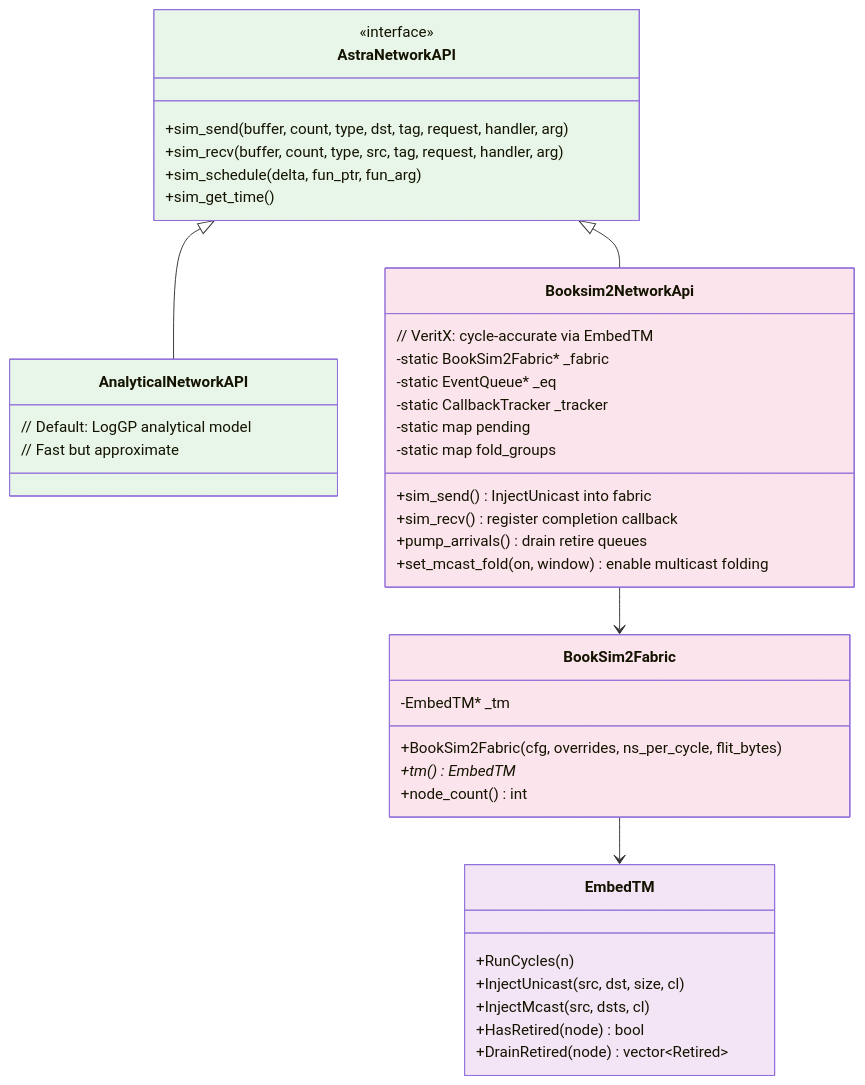
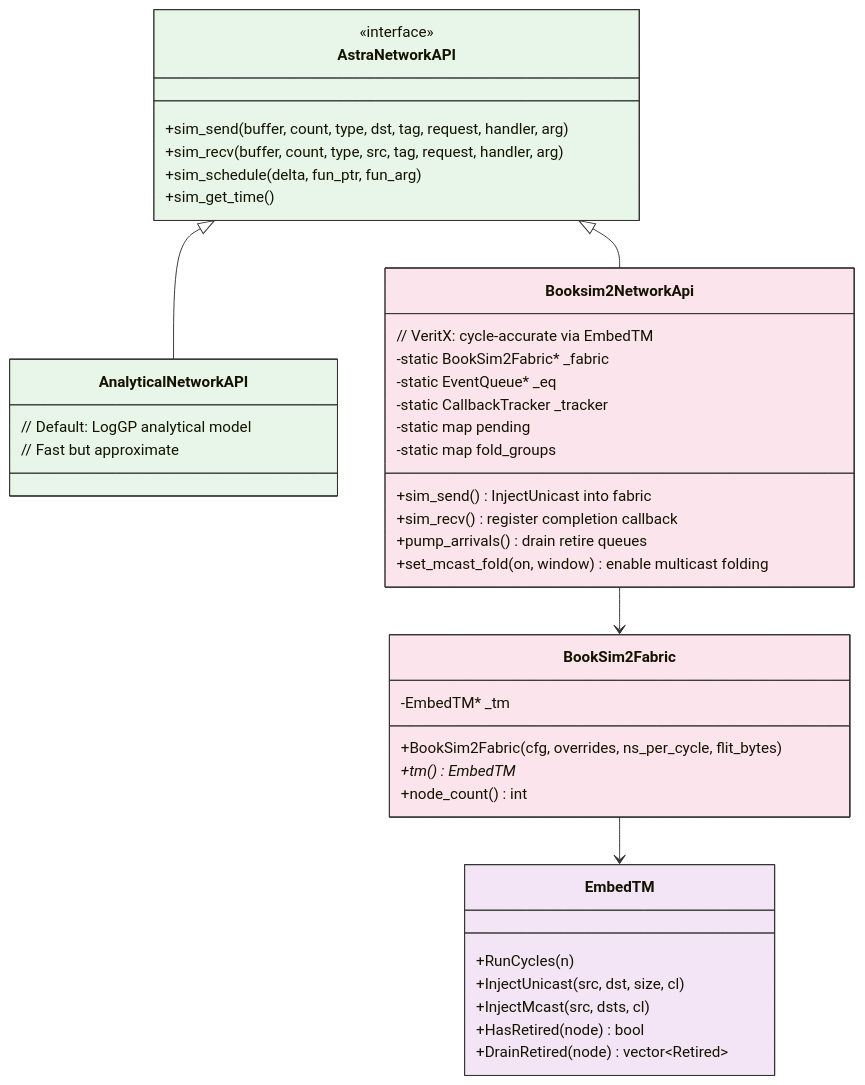
Before and after one commit to Anmol-S314/veritx-research: the fifth of 5 diagrams in serving/README.md, drawn with Mermaid. The commit also changed other lines of this file and 1 other file, not shown here.

First line of the commit message:
docs: improve Mermaid diagram styling across all 22 diagrams

````diff
--- a/serving/README.md
+++ b/serving/README.md
@@ -657,54 +687,60 @@
 ```mermaid
 classDiagram
+    classDef input fill:#e1f5fe,stroke:#01579b,color:#000
+    classDef cli fill:#e8f5e9,stroke:#2e7d32,color:#000
+    classDef sim fill:#fff3e0,stroke:#e65100,color:#000
+    classDef api fill:#fce4ec,stroke:#c62828,color:#000
+    classDef output fill:#f3e5f5,stroke:#6a1b9a,color:#000
     class AstraNetworkAPI {
         <<interface>>
         +sim_send(buffer, count, type, dst, tag, request, handler, arg)
         +sim_recv(buffer, count, type, src, tag, request, handler, arg)
         +sim_schedule(delta, fun_ptr, fun_arg)
         +sim_get_time()
     }
 
     class AnalyticalNetworkAPI {
         // Default: LogGP analytical model
         // Fast but approximate
     }
 
     class Booksim2NetworkApi {
         // VeritX: cycle-accurate via EmbedTM
         -static BookSim2Fabric* _fabric
         -static EventQueue* _eq
         -static CallbackTracker _tracker
         -static map pending
         -static map fold_groups
         +sim_send() InjectUnicast into fabric
         +sim_recv() register completion callback
         +pump_arrivals() drain retire queues
         +set_mcast_fold(on, window) enable multicast folding
     }
 
     class BookSim2Fabric {
         -EmbedTM* _tm
         +BookSim2Fabric(cfg, overrides, ns_per_cycle, flit_bytes)
         +tm() EmbedTM*
         +node_count() int
     }
 
     class EmbedTM {
         +RunCycles(n)
         +InjectUnicast(src, dst, size, cl)
         +InjectMcast(src, dsts, cl)
         +HasRetired(node) bool
         +DrainRetired(node) vector~Retired~
     }
 
     AstraNetworkAPI <|-- AnalyticalNetworkAPI
     AstraNetworkAPI <|-- Booksim2NetworkApi
     Booksim2NetworkApi --> BookSim2Fabric
 
-    style AstraNetworkAPI fill:#e8f5e9
-    style AnalyticalNetworkAPI fill:#e8f5e9
-    style Booksim2NetworkApi fill:#fce4ec
-    style BookSim2Fabric fill:#fce4ec
-    style EmbedTM fill:#f3e5f5
+    style AstraNetworkAPI fill:#e8f5e9,stroke:#333
+    style AnalyticalNetworkAPI fill:#e8f5e9,stroke:#333
+    style Booksim2NetworkApi fill:#fce4ec,stroke:#333
+    style BookSim2Fabric fill:#fce4ec,stroke:#333
+    style EmbedTM fill:#f3e5f5,stroke:#333
     BookSim2Fabric --> EmbedTM
+
 ```
````
